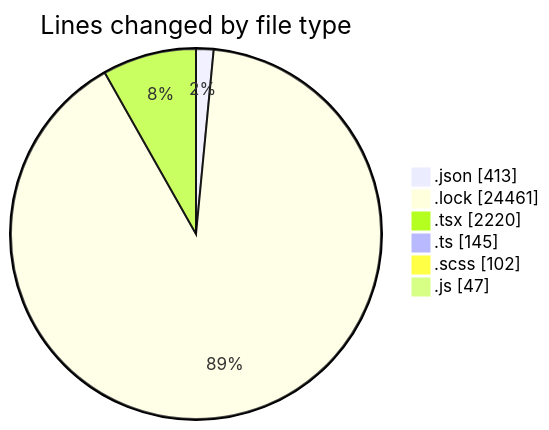
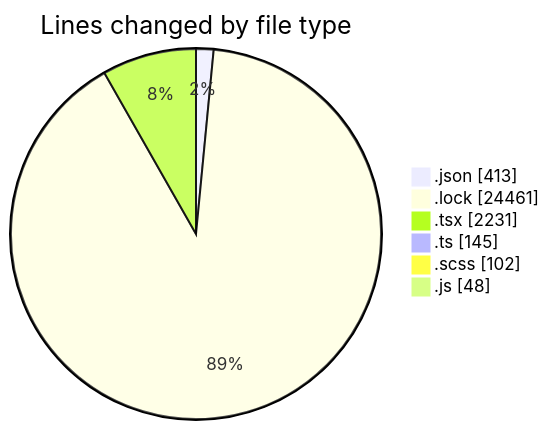
Before and after one commit to momahboobian/code-tracking: the first of 2 diagrams in 2026-05-14/cda/README.md, drawn with Mermaid. The commit also changed other lines of this file and 1 other file, not shown here.

````diff
--- a/2026-05-14/cda/README.md
+++ b/2026-05-14/cda/README.md
@@ -39,10 +39,10 @@
 ```mermaid
 pie showData
 title Lines changed by file type
 ".json" : 413
 ".lock" : 24461
-".tsx" : 2220
+".tsx" : 2231
 ".ts" : 145
 ".scss" : 102
-".js" : 47
+".js" : 48
 ```
````
